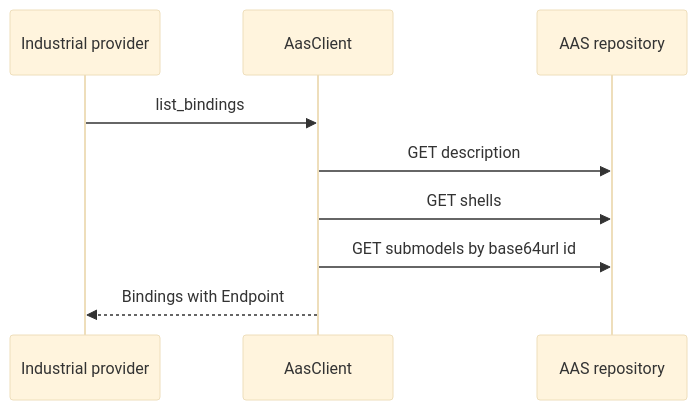
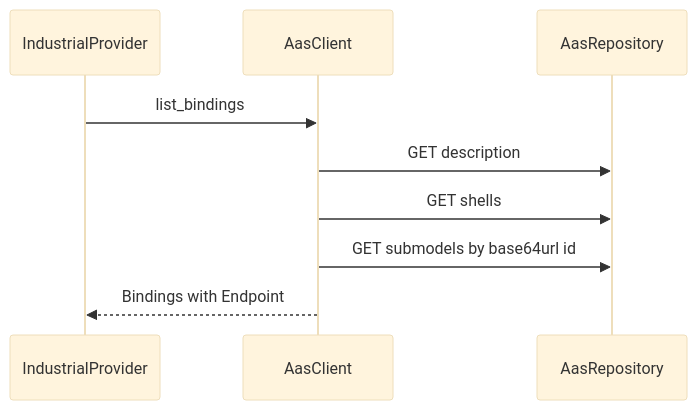
One commit to A3Analytics/a2a-lab-dev-kit-rs changed the diagram in backlog/docs/reference/aas/doc-6 - Asset-Administration-Shell.md. Above: the diagram before and after it, drawn with Mermaid (base theme). The commit also changed 8 other files, not shown here.

````diff
--- a/backlog/docs/reference/aas/doc-6 - Asset-Administration-Shell.md
+++ b/backlog/docs/reference/aas/doc-6 - Asset-Administration-Shell.md
@@ -17,11 +17,11 @@
 ```mermaid
 sequenceDiagram
-  participant Ind as Industrial provider
+  participant Ind as IndustrialProvider
   participant Cat as AasClient
-  participant Repo as AAS repository
+  participant Repo as AasRepository
   Ind->>Cat: list_bindings
   Cat->>Repo: GET description
   Cat->>Repo: GET shells
   Cat->>Repo: GET submodels by base64url id
   Cat-->>Ind: Bindings with Endpoint
 ```
````
